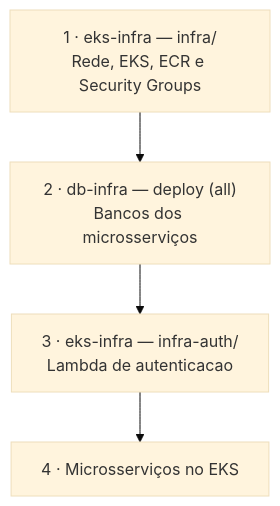
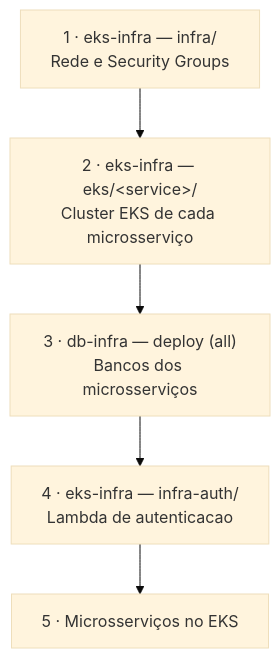
Before and after one commit to 15SOAT-FIAP/techchallenge-ofisy-db-infra: the second of 2 diagrams in README.md, drawn with Mermaid (base theme). The commit also changed other lines of this file, not shown here.

Commit message:
docs: documentar os clusters eks por microsserviço

````diff
--- a/README.md
+++ b/README.md
@@ -69,9 +69,10 @@
 ```mermaid
 flowchart TD
-    P1["1 · eks-infra — infra/<br/>Rede, EKS, ECR e Security Groups"]
-    P2["2 · db-infra — deploy (all)<br/>Bancos dos microsserviços"]
-    P3["3 · eks-infra — infra-auth/<br/>Lambda de autenticacao"]
-    P4["4 · Microsserviços no EKS"]
+    P1["1 · eks-infra — infra/<br/>Rede e Security Groups"]
+    P2["2 · eks-infra — eks/&lt;service&gt;/<br/>Cluster EKS de cada microsserviço"]
+    P3["3 · db-infra — deploy (all)<br/>Bancos dos microsserviços"]
+    P4["4 · eks-infra — infra-auth/<br/>Lambda de autenticacao"]
+    P5["5 · Microsserviços no EKS"]
 
-    P1 --> P2 --> P3 --> P4
+    P1 --> P2 --> P3 --> P4 --> P5
 ```
````
